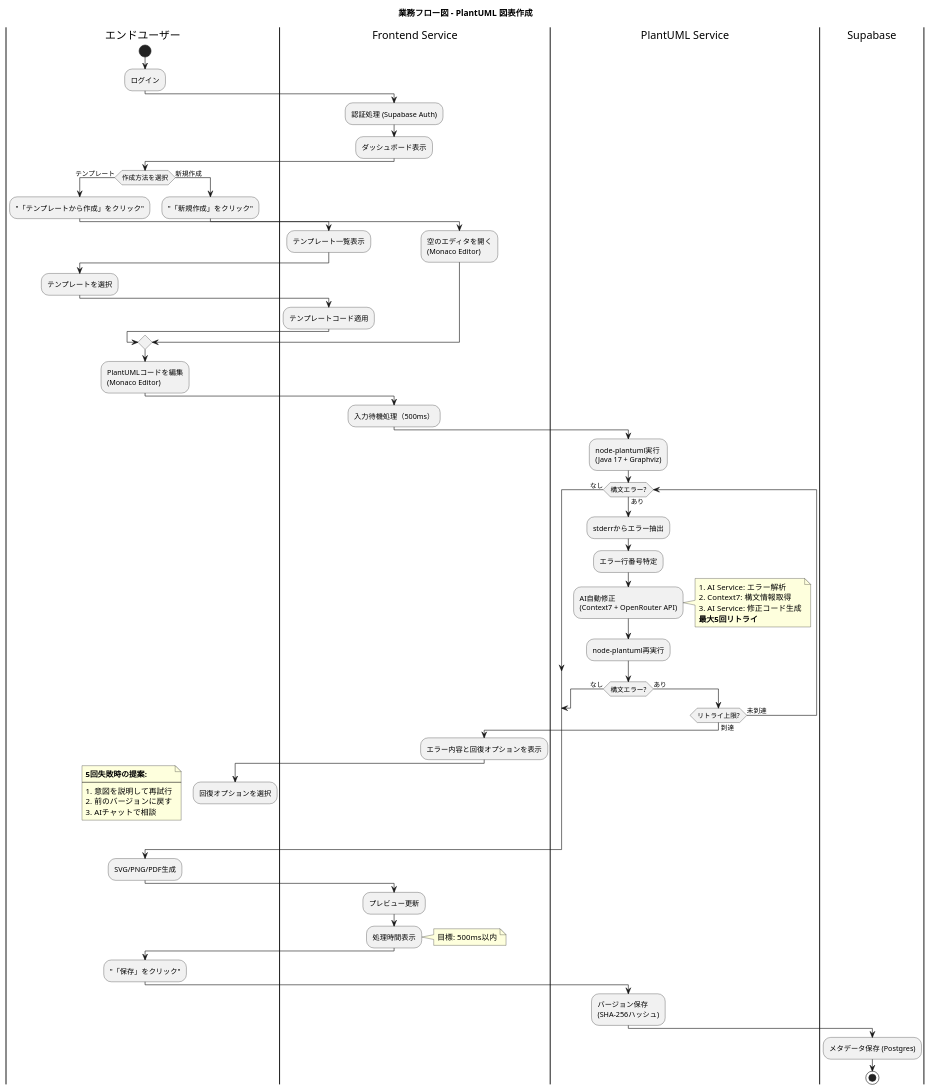
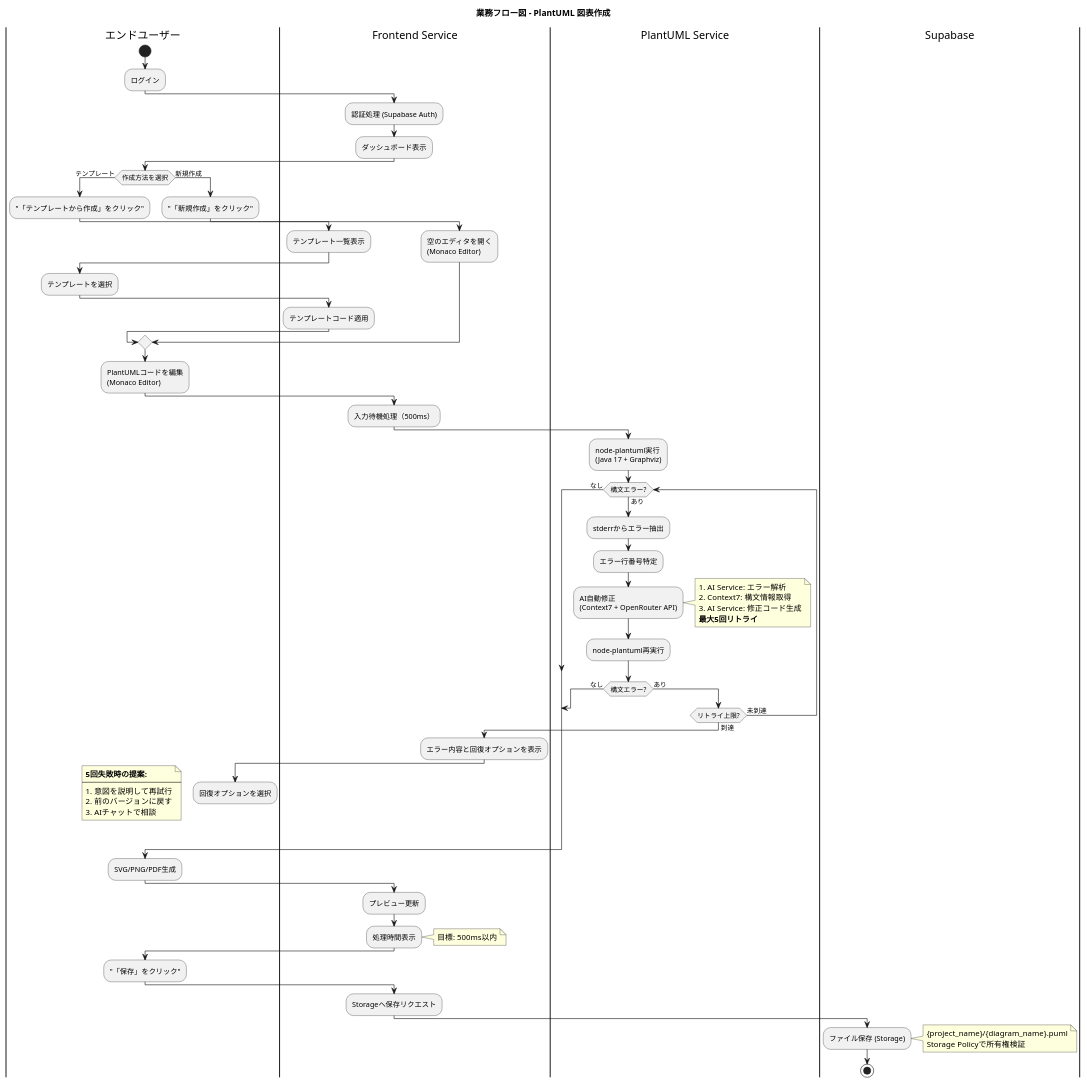
Before and after one commit to yoshiwo3/PlantUML2_Opus4.5: the first of 19 diagrams in docs/proposals/PlantUML_Studio_業務フロー図_20251201.md, drawn with PlantUML. The commit also changed other lines of this file and 14 other files, not shown here.

```diff
--- a/docs/proposals/PlantUML_Studio_業務フロー図_20251201.md
+++ b/docs/proposals/PlantUML_Studio_業務フロー図_20251201.md
@@ -141,11 +141,15 @@
 |エンドユーザー|
 :"「保存」をクリック";
 
-|PlantUML Service|
-:バージョン保存\n(SHA-256ハッシュ);
+|Frontend Service|
+:Storageへ保存リクエスト;
 
 |Supabase|
-:メタデータ保存 (Postgres);
+:ファイル保存 (Storage);
+note right
+  {project_name}/{diagram_name}.puml
+  Storage Policyで所有権検証
+end note
 
 stop
 
```
